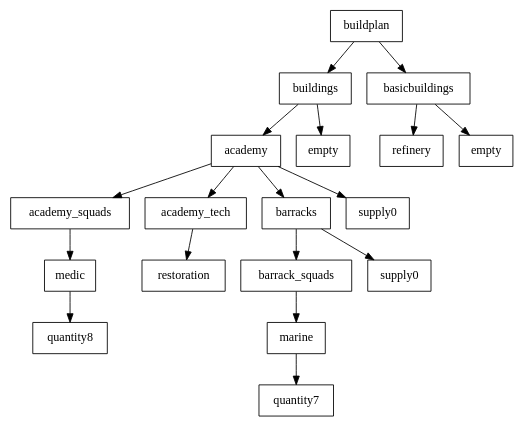
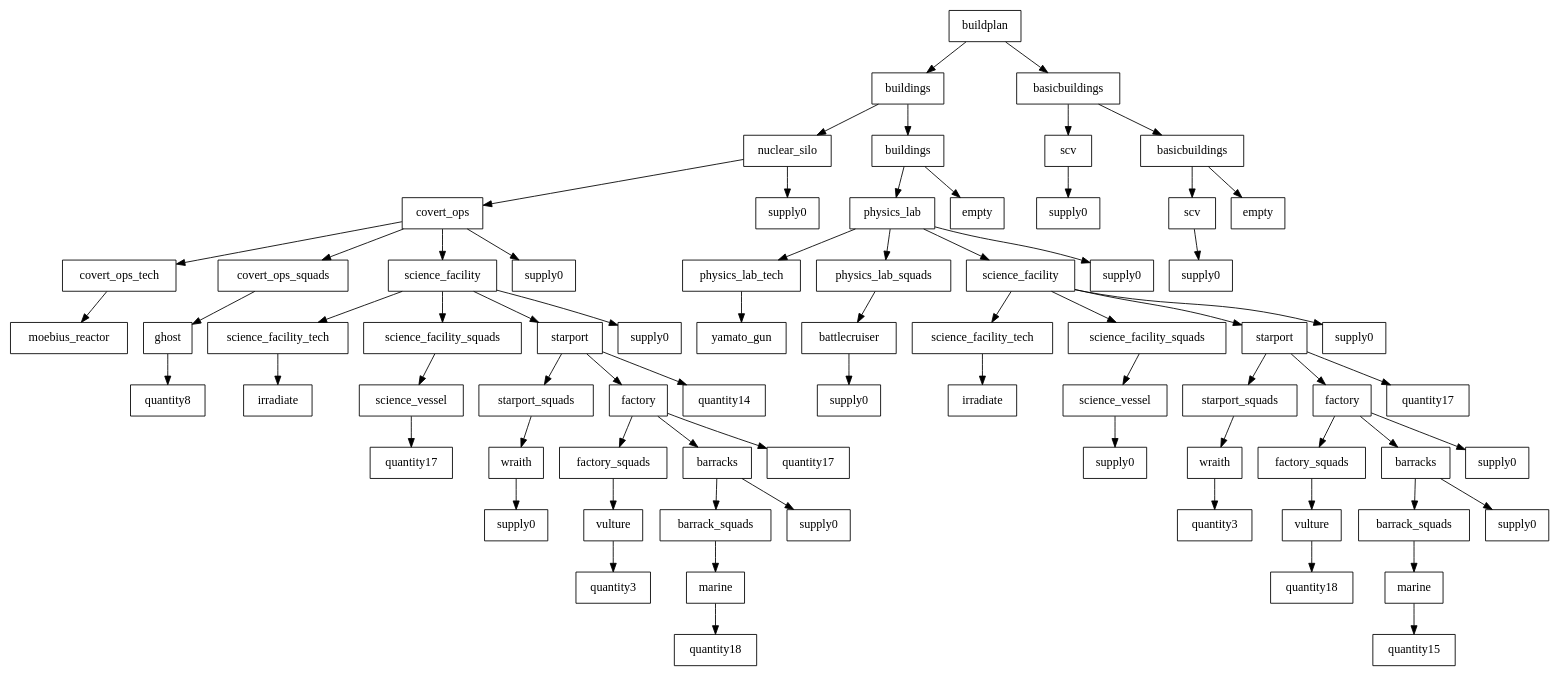
One commit to cryogenic-dreams/StarCraft-GPBot changed the diagram in GPBot/file.dot. Above: the diagram before and after it, drawn with Graphviz. The commit also changed 4 other files, not shown here.

```diff
--- a/GPBot/file.dot
+++ b/GPBot/file.dot
@@ -1,39 +1,145 @@
 digraph g {
 graph [ordering=out];
 node [shape=rectangle];
 n[label = "buildplan"];
 n0[label = "buildings"];
-n00[label = "academy"];
-n000[label = "academy_squads"];
-n0000[label = "medic"];
-n00000[label = "quantity8"];
+n00[label = "nuclear_silo"];
+n000[label = "covert_ops"];
+n0000[label = "covert_ops_tech"];
+n00000[label = "moebius_reactor"];
 n0000 -> n00000;
 n000 -> n0000;
+n0001[label = "covert_ops_squads"];
+n00010[label = "ghost"];
+n000100[label = "quantity8"];
+n00010 -> n000100;
+n0001 -> n00010;
+n000 -> n0001;
+n0002[label = "science_facility"];
+n00020[label = "science_facility_tech"];
+n000200[label = "irradiate"];
+n00020 -> n000200;
+n0002 -> n00020;
+n00021[label = "science_facility_squads"];
+n000210[label = "science_vessel"];
+n0002100[label = "quantity17"];
+n000210 -> n0002100;
+n00021 -> n000210;
+n0002 -> n00021;
+n00022[label = "starport"];
+n000220[label = "starport_squads"];
+n0002200[label = "wraith"];
+n00022000[label = "supply0"];
+n0002200 -> n00022000;
+n000220 -> n0002200;
+n00022 -> n000220;
+n000221[label = "factory"];
+n0002210[label = "factory_squads"];
+n00022100[label = "vulture"];
+n000221000[label = "quantity3"];
+n00022100 -> n000221000;
+n0002210 -> n00022100;
+n000221 -> n0002210;
+n0002211[label = "barracks"];
+n00022110[label = "barrack_squads"];
+n000221100[label = "marine"];
+n0002211000[label = "quantity18"];
+n000221100 -> n0002211000;
+n00022110 -> n000221100;
+n0002211 -> n00022110;
+n00022111[label = "supply0"];
+n0002211 -> n00022111;
+n000221 -> n0002211;
+n0002212[label = "quantity17"];
+n000221 -> n0002212;
+n00022 -> n000221;
+n000222[label = "quantity14"];
+n00022 -> n000222;
+n0002 -> n00022;
+n00023[label = "supply0"];
+n0002 -> n00023;
+n000 -> n0002;
+n0003[label = "supply0"];
+n000 -> n0003;
 n00 -> n000;
-n001[label = "academy_tech"];
-n0010[label = "restoration"];
-n001 -> n0010;
+n001[label = "supply0"];
 n00 -> n001;
-n002[label = "barracks"];
-n0020[label = "barrack_squads"];
-n00200[label = "marine"];
-n002000[label = "quantity7"];
-n00200 -> n002000;
-n0020 -> n00200;
-n002 -> n0020;
-n0021[label = "supply0"];
-n002 -> n0021;
-n00 -> n002;
-n003[label = "supply0"];
-n00 -> n003;
 n0 -> n00;
-n01[label = "empty"];
+n01[label = "buildings"];
+n010[label = "physics_lab"];
+n0100[label = "physics_lab_tech"];
+n01000[label = "yamato_gun"];
+n0100 -> n01000;
+n010 -> n0100;
+n0101[label = "physics_lab_squads"];
+n01010[label = "battlecruiser"];
+n010100[label = "supply0"];
+n01010 -> n010100;
+n0101 -> n01010;
+n010 -> n0101;
+n0102[label = "science_facility"];
+n01020[label = "science_facility_tech"];
+n010200[label = "irradiate"];
+n01020 -> n010200;
+n0102 -> n01020;
+n01021[label = "science_facility_squads"];
+n010210[label = "science_vessel"];
+n0102100[label = "supply0"];
+n010210 -> n0102100;
+n01021 -> n010210;
+n0102 -> n01021;
+n01022[label = "starport"];
+n010220[label = "starport_squads"];
+n0102200[label = "wraith"];
+n01022000[label = "quantity3"];
+n0102200 -> n01022000;
+n010220 -> n0102200;
+n01022 -> n010220;
+n010221[label = "factory"];
+n0102210[label = "factory_squads"];
+n01022100[label = "vulture"];
+n010221000[label = "quantity18"];
+n01022100 -> n010221000;
+n0102210 -> n01022100;
+n010221 -> n0102210;
+n0102211[label = "barracks"];
+n01022110[label = "barrack_squads"];
+n010221100[label = "marine"];
+n0102211000[label = "quantity15"];
+n010221100 -> n0102211000;
+n01022110 -> n010221100;
+n0102211 -> n01022110;
+n01022111[label = "supply0"];
+n0102211 -> n01022111;
+n010221 -> n0102211;
+n0102212[label = "supply0"];
+n010221 -> n0102212;
+n01022 -> n010221;
+n010222[label = "quantity17"];
+n01022 -> n010222;
+n0102 -> n01022;
+n01023[label = "supply0"];
+n0102 -> n01023;
+n010 -> n0102;
+n0103[label = "supply0"];
+n010 -> n0103;
+n01 -> n010;
+n011[label = "empty"];
+n01 -> n011;
 n0 -> n01;
 n -> n0;
 n1[label = "basicbuildings"];
-n10[label = "refinery"];
+n10[label = "scv"];
+n100[label = "supply0"];
+n10 -> n100;
 n1 -> n10;
-n11[label = "empty"];
+n11[label = "basicbuildings"];
+n110[label = "scv"];
+n1100[label = "supply0"];
+n110 -> n1100;
+n11 -> n110;
+n111[label = "empty"];
+n11 -> n111;
 n1 -> n11;
 n -> n1;
 }
```
